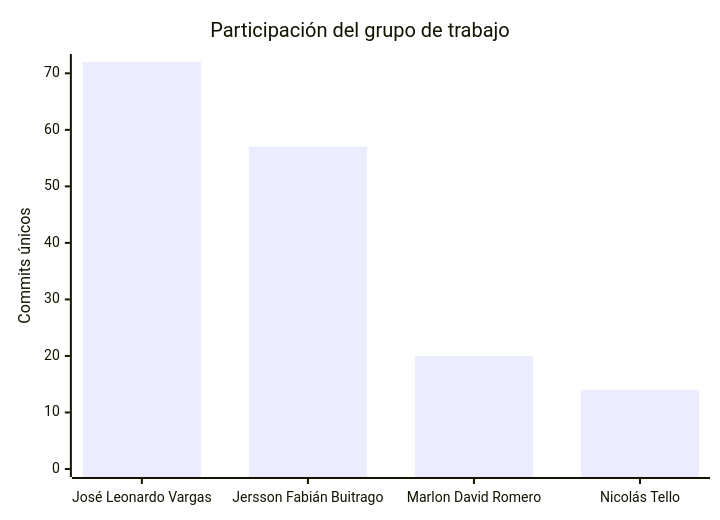
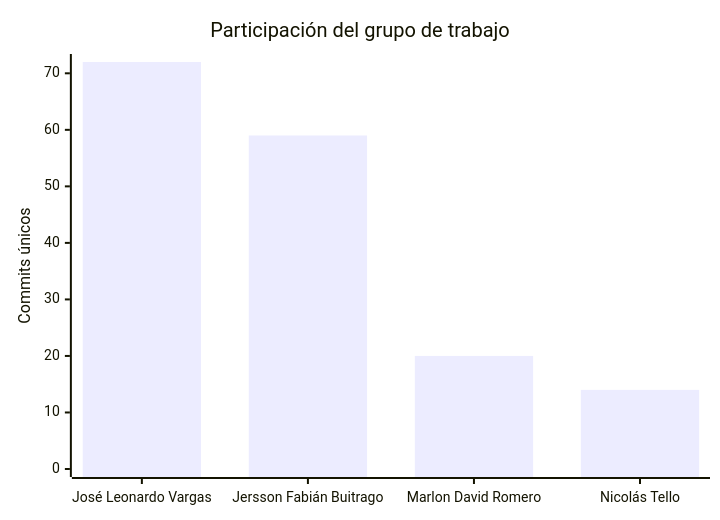
The second of 2 diagrams in README.md (FarmaExpres/FarmaExpres), drawn with Mermaid before and after one commit. The commit also changed other lines of this file and 1 other file, not shown here.

````diff
--- a/README.md
+++ b/README.md
@@ -327,7 +323,7 @@
 ```mermaid
 xychart-beta
     title "Participación del grupo de trabajo"
     x-axis ["José Leonardo Vargas", "Jersson Fabián Buitrago", "Marlon David Romero", "Nicolás Tello"]
     y-axis "Commits únicos" 0 --> 72
-    bar [72, 57, 20, 14]
+    bar [72, 59, 20, 14]
 ```
````
